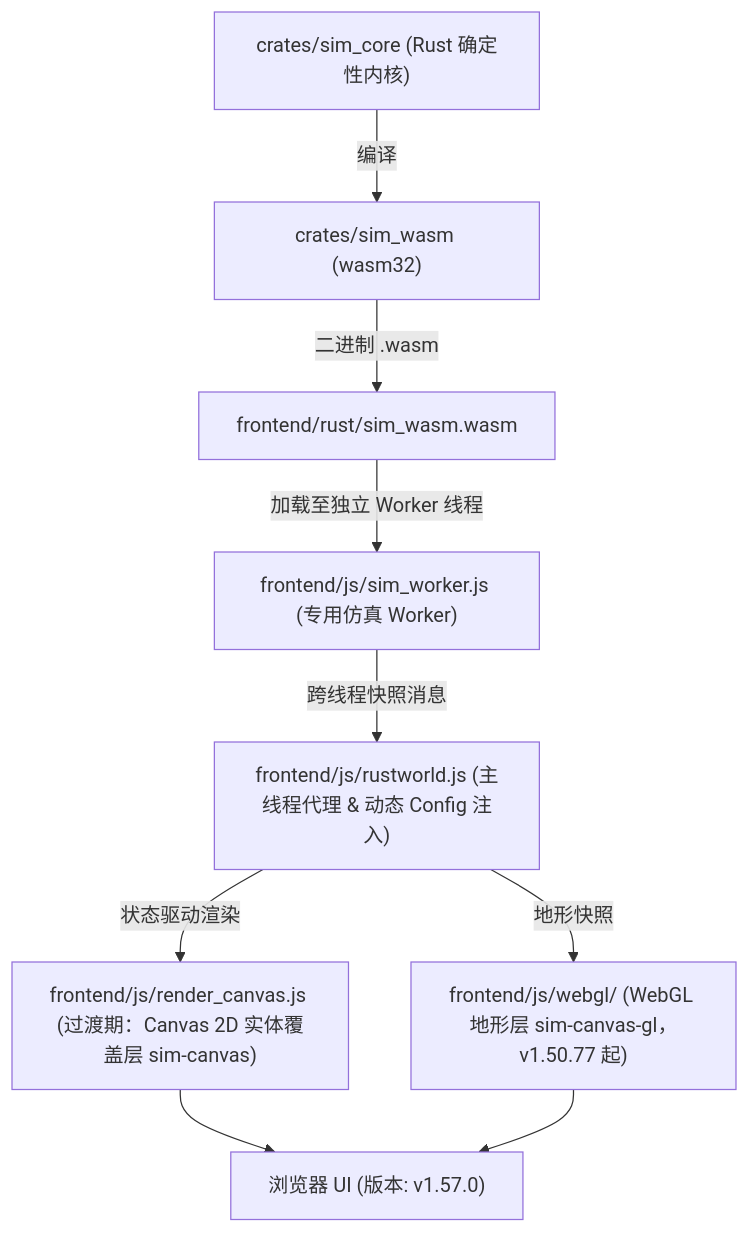
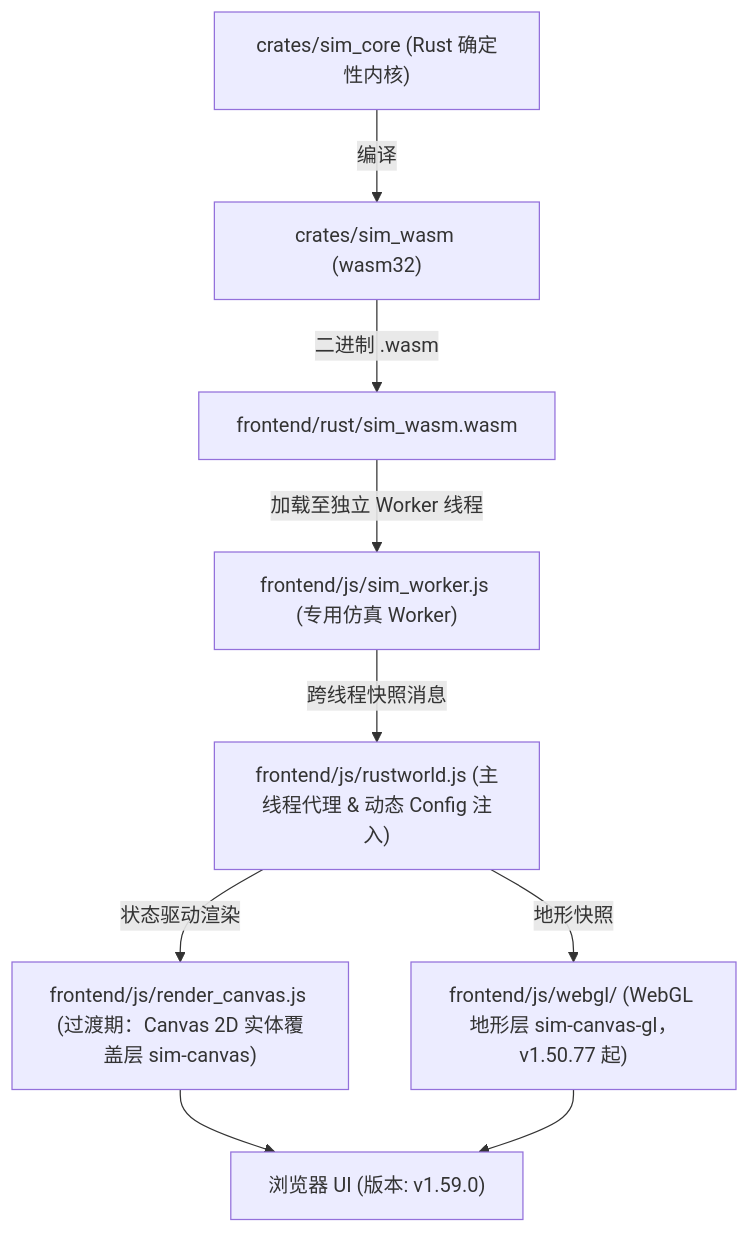
Before and after one commit to g39088902/FlowAndAccord: the diagram in AGENTS.md, drawn with Mermaid. The commit also changed other lines of this file and 21 other files, not shown here.

````diff
--- a/AGENTS.md
+++ b/AGENTS.md
@@ -62,12 +62,12 @@
 ```mermaid
 graph TD
     A["crates/sim_core (Rust 确定性内核)"] -->|编译| B["crates/sim_wasm (wasm32)"]
     B -->|二进制 .wasm| C["frontend/rust/sim_wasm.wasm"]
     C -->|加载至独立 Worker 线程| D["frontend/js/sim_worker.js (专用仿真 Worker)"]
     D -->|跨线程快照消息| E["frontend/js/rustworld.js (主线程代理 & 动态 Config 注入)"]
     E -->|状态驱动渲染| F["frontend/js/render_canvas.js (过渡期：Canvas 2D 实体覆盖层 sim-canvas)"]
     E -->|地形快照| F2["frontend/js/webgl/ (WebGL 地形层 sim-canvas-gl，v1.50.77 起)"]
-    F --> G["浏览器 UI (版本: v1.57.0)"]
+    F --> G["浏览器 UI (版本: v1.59.0)"]
     F2 --> G
 
 ```
````
